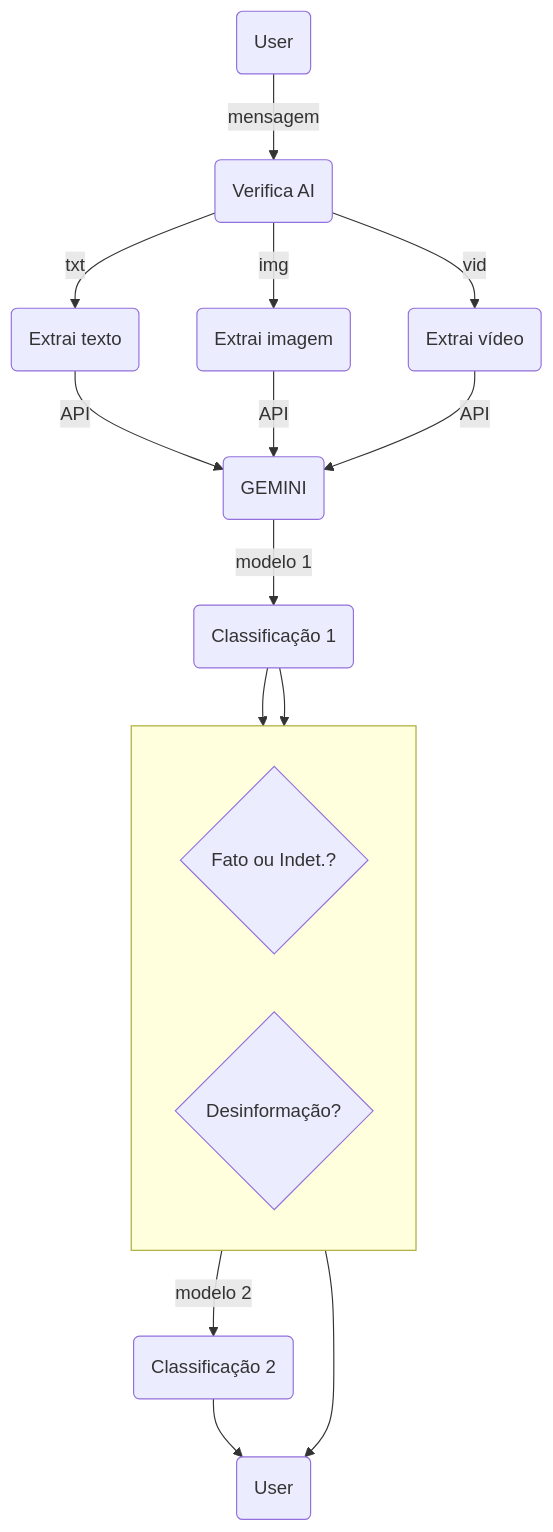
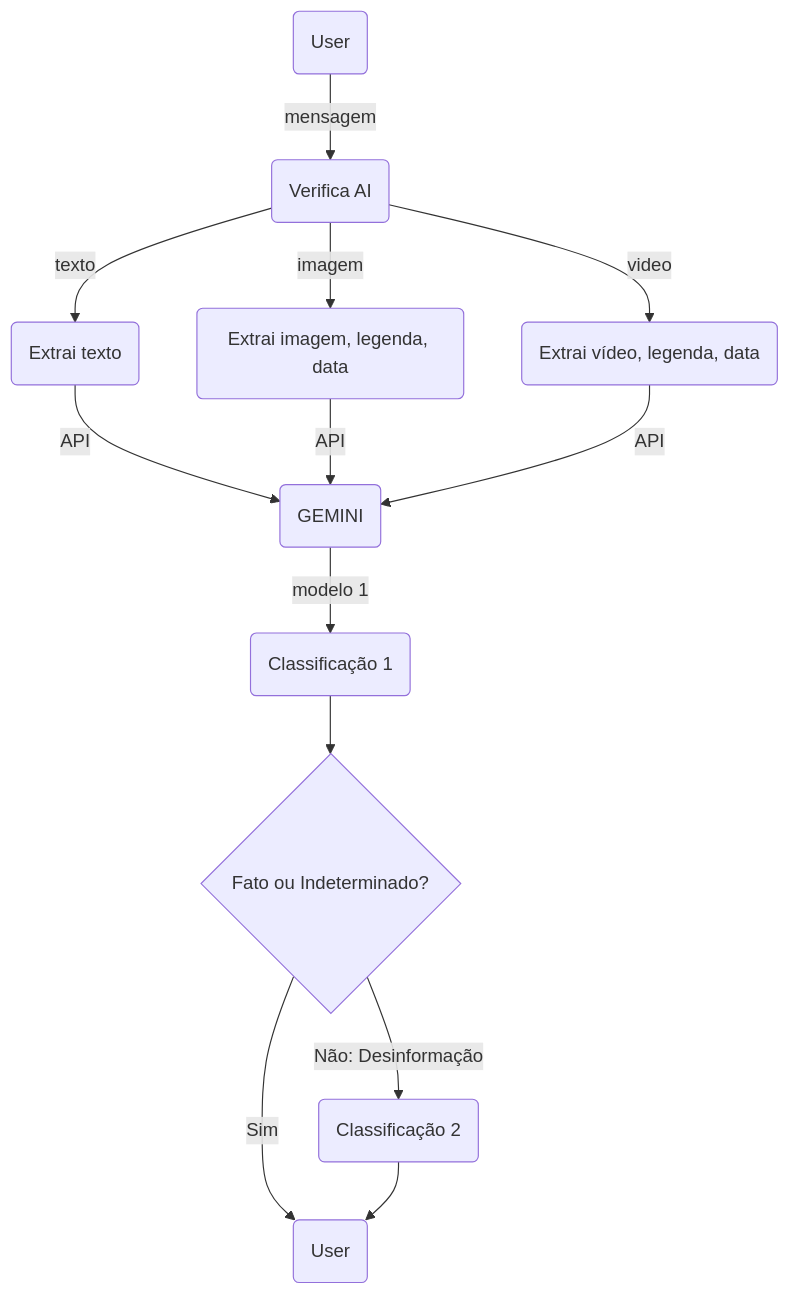
The first of 3 diagrams in README.md (verificaicode/verifica_ai), drawn with Mermaid before and after one commit. The commit also changed other lines of this file, not shown here.

````diff
--- a/README.md
+++ b/README.md
@@ -55,30 +55,34 @@
 ```mermaid
 flowchart TD
+    U1(User)
+    B(Verifica AI)
+    T1(Extrai texto)
+    T2(Extrai imagem, legenda, data)
+    T3(Extrai vídeo, legenda, data)
     EG(GEMINI)
     C1(Classificação 1)
+    D1{Fato ou Indeterminado?}
     C2(Classificação 2)
-    subgraph Decisões [ ]
-        direction LR
-        D1{Fato ou Indet.?}
-        D2{Desinformação?}
-    end
-    U1(User)
     U2(User)
-    U1 --> |mensagem| B(Verifica AI)
-    B --> |txt| T1(Extrai texto)
-    B --> |img| T2(Extrai imagem)
-    B --> |vid| T3(Extrai vídeo)
+
+    U1 --> |mensagem| B
+
+    B --> |texto| T1
+    B --> |imagem| T2
+    B --> |video| T3
+
     T1 --> |API| EG
     T2 --> |API| EG
     T3 --> |API| EG
+
     EG --> |modelo 1| C1
     C1 --> D1
-    C1 --> D2
-    D1 --> |modelo 2| C2
+
+    D1 --> |Sim| U2
+    D1 --> |Não: Desinformação| C2
     C2 --> U2
-    D2 --> U2
 
 %% class Text1 myStyle;
 
 %% classDef myStyle fill:#fff, stroke:blue, stroke-width:2px;
 ```
````
